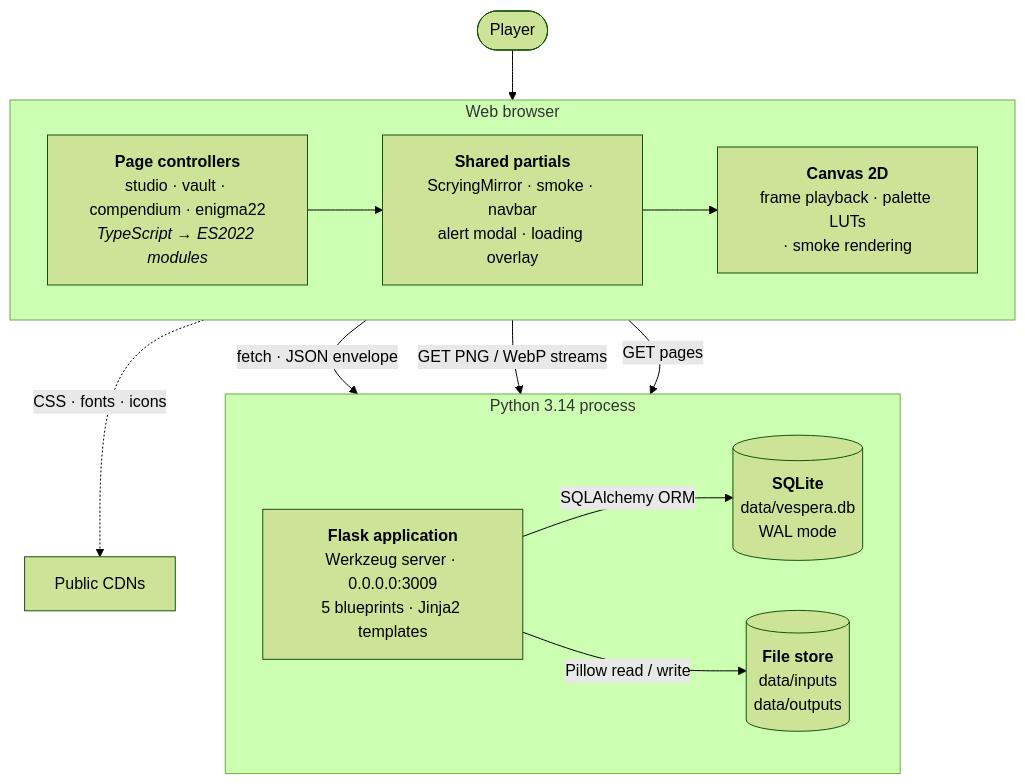
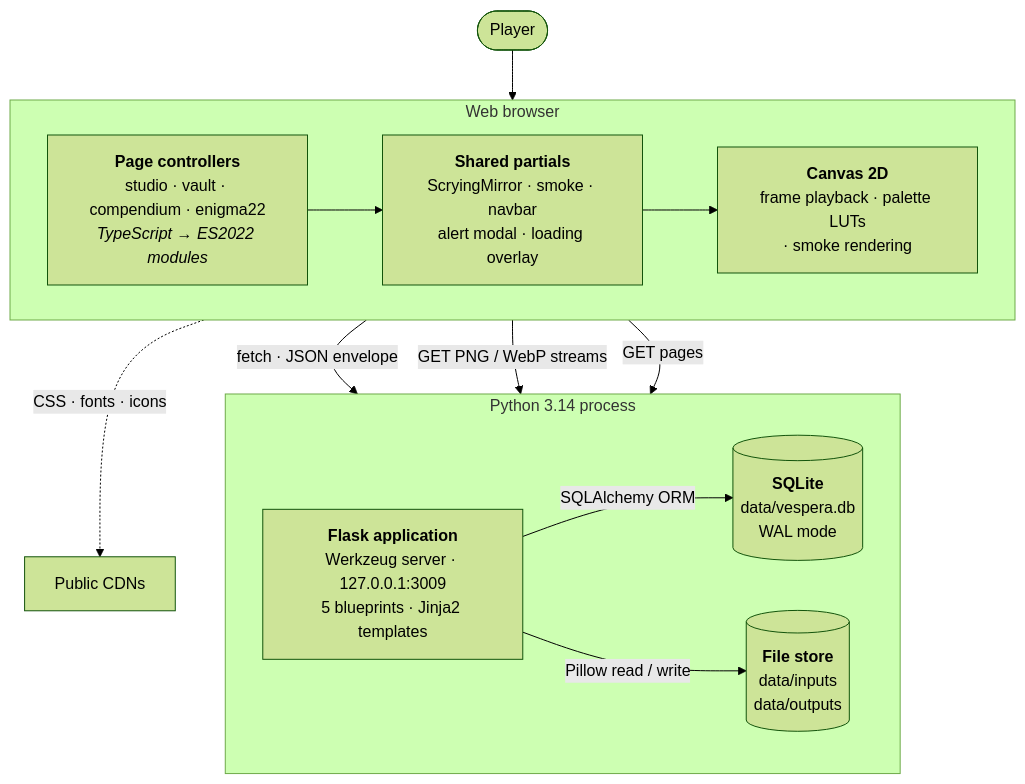
Before and after one commit to NovaNecros/Vespera: the first of 6 diagrams in README.md, drawn with Mermaid (forest theme). The commit also changed other lines of this file and 25 other files, not shown here.

````diff
--- a/README.md
+++ b/README.md
@@ -153,25 +153,25 @@
 ```mermaid
 flowchart TB
     player(["Player"])
     subgraph browser["Web browser"]
         direction LR
         pages["<b>Page controllers</b><br/>studio · vault · compendium · enigma22<br/><i>TypeScript → ES2022 modules</i>"]
         shared["<b>Shared partials</b><br/>ScryingMirror · smoke · navbar<br/>alert modal · loading overlay"]
         canvas["<b>Canvas 2D</b><br/>frame playback · palette LUTs<br/>· smoke rendering"]
         pages --> shared --> canvas
     end
     subgraph host["Python 3.14 process"]
         direction LR
-        flask["<b>Flask application</b><br/>Werkzeug server · 0.0.0.0:3009<br/>5 blueprints · Jinja2 templates"]
+        flask["<b>Flask application</b><br/>Werkzeug server · 127.0.0.1:3009<br/>5 blueprints · Jinja2 templates"]
         db[("<b>SQLite</b><br/>data/vespera.db<br/>WAL mode")]
         fs[("<b>File store</b><br/>data/inputs<br/>data/outputs")]
         flask -- "SQLAlchemy ORM" --> db
         flask -- "Pillow read / write" --> fs
     end
     cdn["Public CDNs"]
     player --> browser
     browser -- "GET pages" --> flask
     pages -- "fetch · JSON envelope" --> flask
     canvas -- "GET PNG / WebP streams" --> flask
     browser -. "CSS · fonts · icons" .-> cdn
 ```
````
